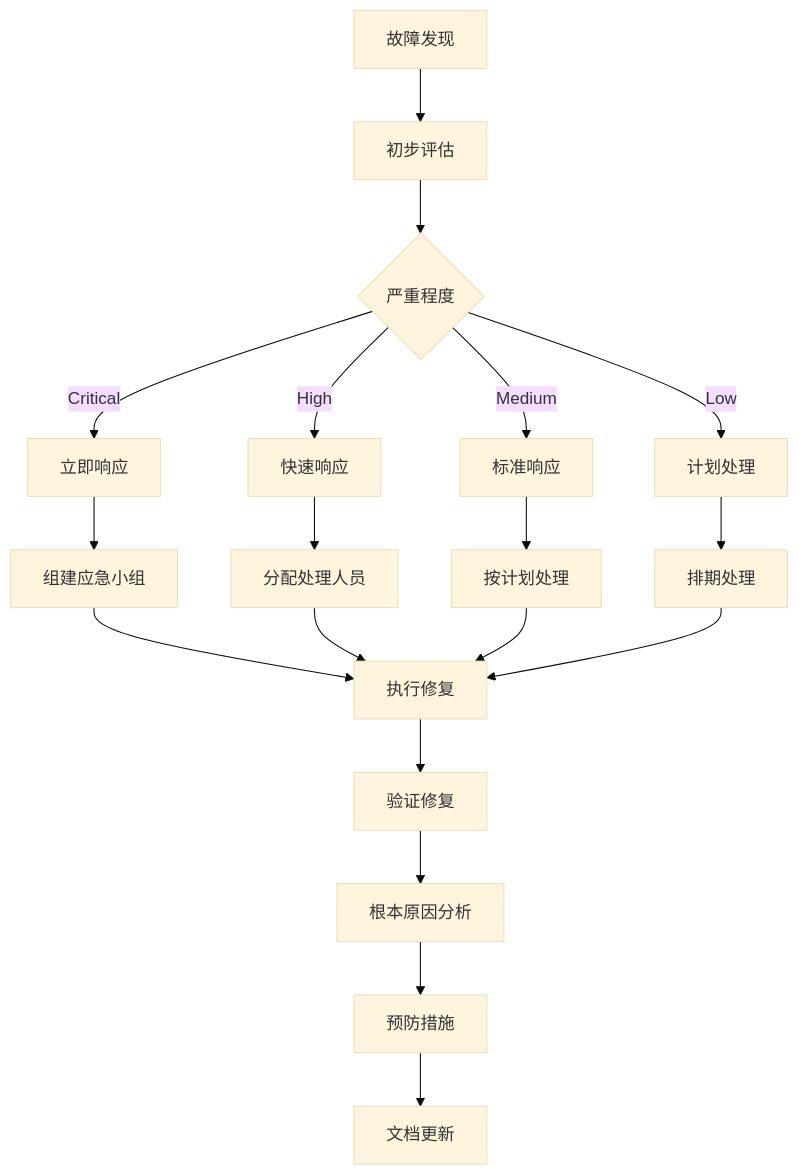
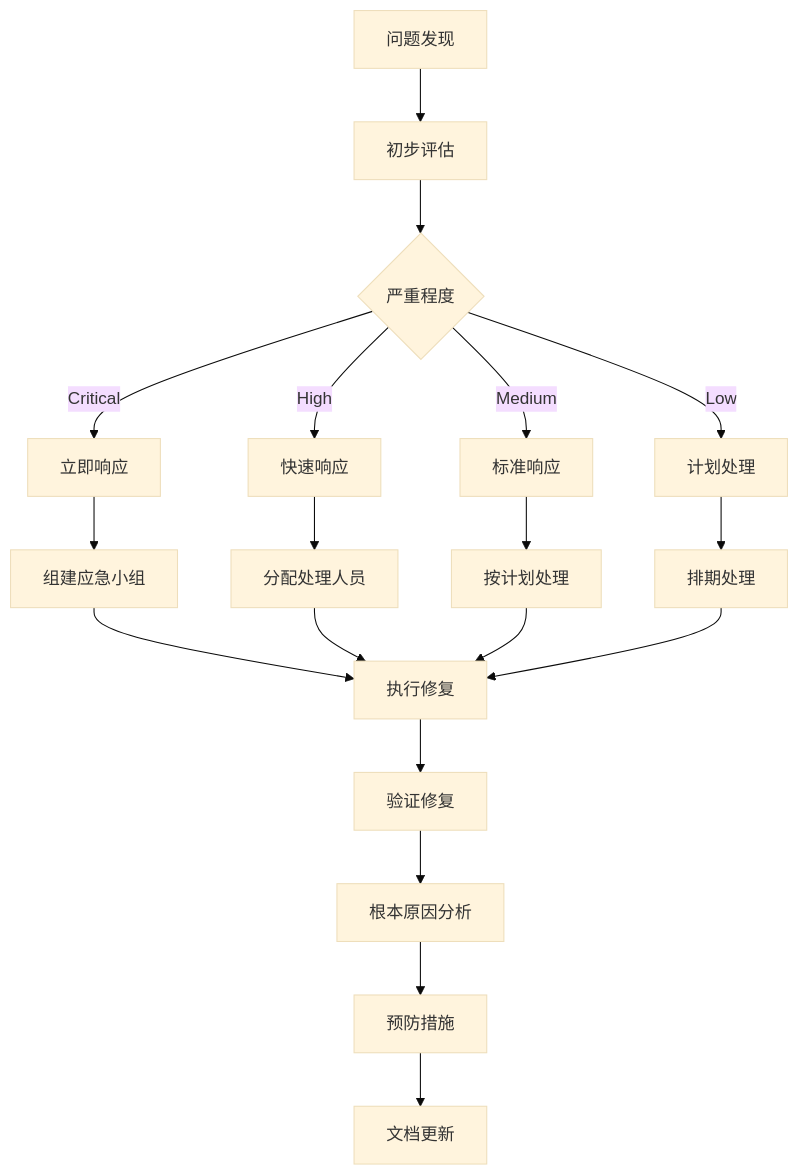
Before and after one commit to kudig-io/kudig-database: the diagram in domain-02-workloads-applications/00-core-workloads/07-workload-troubleshooting-handbook.md, drawn with Mermaid (base theme). The commit also changed other lines of this file and 1236 other files, not shown here.

````diff
--- a/domain-02-workloads-applications/00-core-workloads/07-workload-troubleshooting-handbook.md
+++ b/domain-02-workloads-applications/00-core-workloads/07-workload-troubleshooting-handbook.md
@@ -74,24 +74,24 @@
 ```mermaid
 graph TD
-    A[故障发现] --> B[初步评估]
+    A[问题发现] --> B[初步评估]
     B --> C{严重程度}
     C -->|Critical| D[立即响应]
     C -->|High| E[快速响应]
     C -->|Medium| F[标准响应]
     C -->|Low| G[计划处理]
     
     D --> H[组建应急小组]
     E --> I[分配处理人员]
     F --> J[按计划处理]
     G --> K[排期处理]
     
     H --> L[执行修复]
     I --> L
     J --> L
     K --> L
     
     L --> M[验证修复]
     M --> N[根本原因分析]
     N --> O[预防措施]
     O --> P[文档更新]
 ```
````
